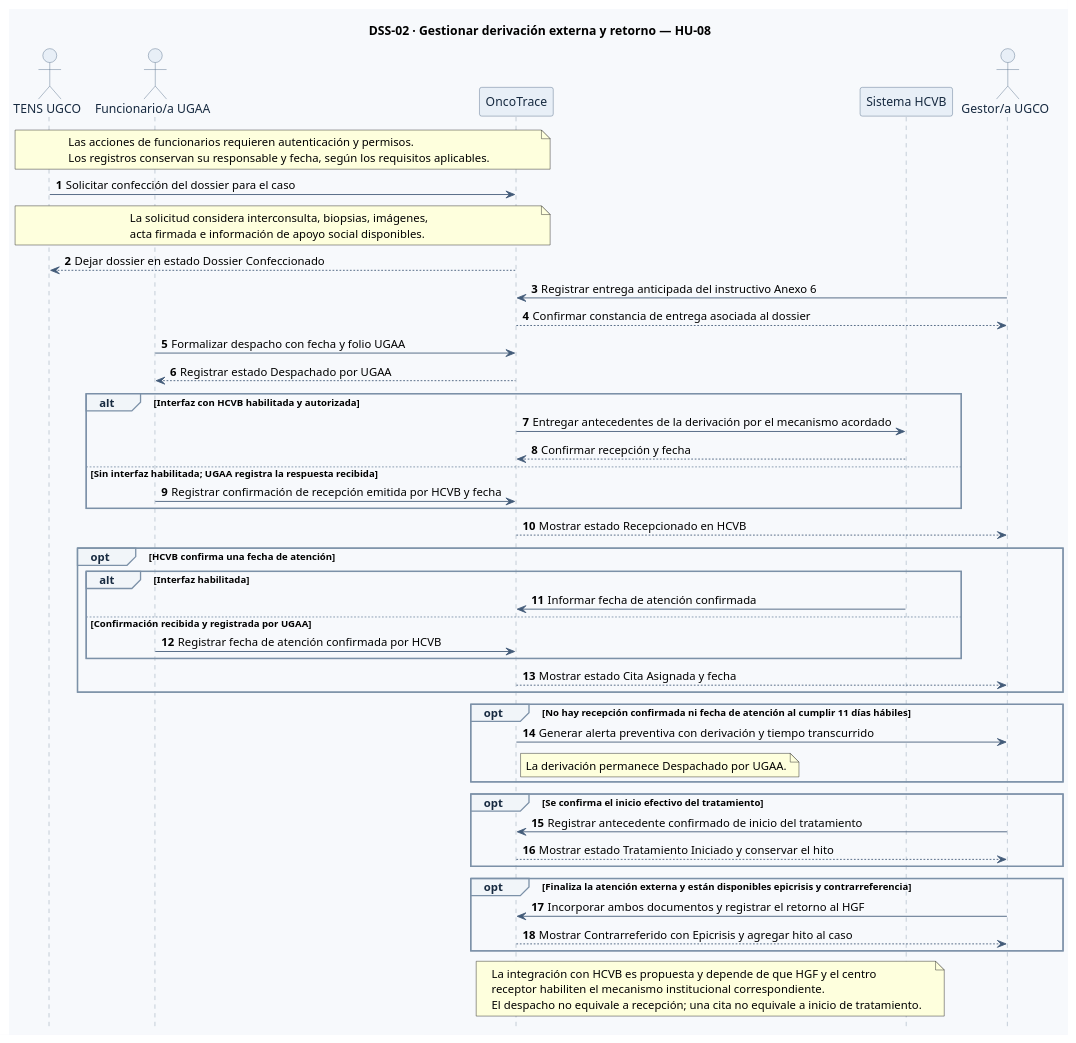
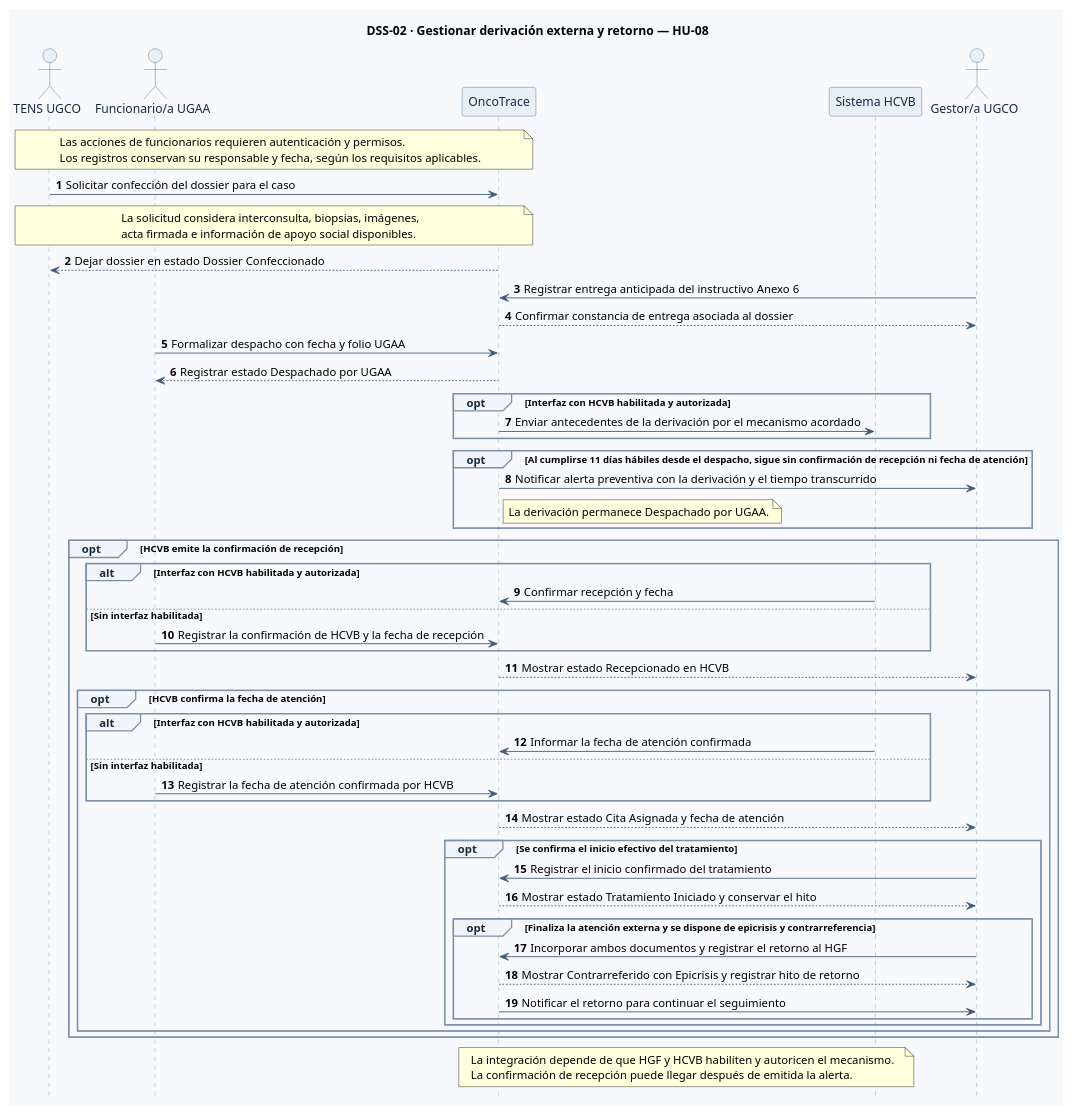
One commit to br1fz/OncoTrace changed the second of 2 diagrams in diagramas/diagramas-secuencia.puml. Above: the diagram before and after it, drawn with PlantUML. The commit also changed 1 other file, not shown here.

Commit message:
(ENTREGA II ) Corregir el diagrama de derivación externa
Se actualizó el PlantUML y su imagen para mostrar la alerta de once días mientras la recepción sigue pendiente.

```diff
--- a/diagramas/diagramas-secuencia.puml
+++ b/diagramas/diagramas-secuencia.puml
@@ -65,84 +65,89 @@
 @startuml DSS-02-HU-08
 hide footbox
 autonumber
 skinparam shadowing false
 skinparam backgroundColor #F7F9FC
 skinparam defaultFontName SansSerif
 skinparam sequence {
   ArrowColor #425B78
   LifeLineBorderColor #8295AA
   LifeLineBackgroundColor #F0F4F8
   ParticipantBorderColor #526B87
   ParticipantBackgroundColor #E8EFF7
   ParticipantFontColor #172A40
   ActorBorderColor #526B87
   ActorBackgroundColor #E8EFF7
   ActorFontColor #172A40
   BoxBorderColor #CBD5E1
   BoxBackgroundColor #F8FAFC
   GroupBorderColor #7C91A8
   GroupBackgroundColor #F1F5F9
   GroupHeaderFontColor #172A40
   ResponseMessageBelowArrow true
 }
 title DSS-02 · Gestionar derivación externa y retorno — HU-08
 actor "TENS UGCO" as TENS
 actor "Funcionario/a UGAA" as UGAA
 participant "OncoTrace" as OT
 participant "Sistema HCVB" as HCVB
 actor "Gestor/a UGCO" as Gestor
 
 note over TENS,OT
 Las acciones de funcionarios requieren autenticación y permisos.
 Los registros conservan su responsable y fecha, según los requisitos aplicables.
 end note
 
 TENS -> OT: Solicitar confección del dossier para el caso
 note over TENS,OT
 La solicitud considera interconsulta, biopsias, imágenes,
 acta firmada e información de apoyo social disponibles.
 end note
 OT --> TENS: Dejar dossier en estado Dossier Confeccionado
 Gestor -> OT: Registrar entrega anticipada del instructivo Anexo 6
 OT --> Gestor: Confirmar constancia de entrega asociada al dossier
 UGAA -> OT: Formalizar despacho con fecha y folio UGAA
 OT --> UGAA: Registrar estado Despachado por UGAA
 
-alt Interfaz con HCVB habilitada y autorizada
-  OT -> HCVB: Entregar antecedentes de la derivación por el mecanismo acordado
-  HCVB --> OT: Confirmar recepción y fecha
-else Sin interfaz habilitada; UGAA registra la respuesta recibida
-  UGAA -> OT: Registrar confirmación de recepción emitida por HCVB y fecha
-end
-OT --> Gestor: Mostrar estado Recepcionado en HCVB
-
-opt HCVB confirma una fecha de atención
-  alt Interfaz habilitada
-    HCVB -> OT: Informar fecha de atención confirmada
-  else Confirmación recibida y registrada por UGAA
-    UGAA -> OT: Registrar fecha de atención confirmada por HCVB
-  end
-  OT --> Gestor: Mostrar estado Cita Asignada y fecha
+opt Interfaz con HCVB habilitada y autorizada
+  OT -> HCVB: Enviar antecedentes de la derivación por el mecanismo acordado
 end
 
-opt No hay recepción confirmada ni fecha de atención al cumplir 11 días hábiles
-  OT -> Gestor: Generar alerta preventiva con derivación y tiempo transcurrido
+opt Al cumplirse 11 días hábiles desde el despacho, sigue sin confirmación de recepción ni fecha de atención
+  OT -> Gestor: Notificar alerta preventiva con la derivación y el tiempo transcurrido
   note right of OT: La derivación permanece Despachado por UGAA.
 end
 
-opt Se confirma el inicio efectivo del tratamiento
-  Gestor -> OT: Registrar antecedente confirmado de inicio del tratamiento
-  OT --> Gestor: Mostrar estado Tratamiento Iniciado y conservar el hito
-end
+opt HCVB emite la confirmación de recepción
+  alt Interfaz con HCVB habilitada y autorizada
+    HCVB -> OT: Confirmar recepción y fecha
+  else Sin interfaz habilitada
+    UGAA -> OT: Registrar la confirmación de HCVB y la fecha de recepción
+  end
+  OT --> Gestor: Mostrar estado Recepcionado en HCVB
 
-opt Finaliza la atención externa y están disponibles epicrisis y contrarreferencia
-  Gestor -> OT: Incorporar ambos documentos y registrar el retorno al HGF
-  OT --> Gestor: Mostrar Contrarreferido con Epicrisis y agregar hito al caso
+  opt HCVB confirma la fecha de atención
+    alt Interfaz con HCVB habilitada y autorizada
+      HCVB -> OT: Informar la fecha de atención confirmada
+    else Sin interfaz habilitada
+      UGAA -> OT: Registrar la fecha de atención confirmada por HCVB
+    end
+    OT --> Gestor: Mostrar estado Cita Asignada y fecha de atención
+
+    opt Se confirma el inicio efectivo del tratamiento
+      Gestor -> OT: Registrar el inicio confirmado del tratamiento
+      OT --> Gestor: Mostrar estado Tratamiento Iniciado y conservar el hito
+
+      opt Finaliza la atención externa y se dispone de epicrisis y contrarreferencia
+        Gestor -> OT: Incorporar ambos documentos y registrar el retorno al HGF
+        OT --> Gestor: Mostrar Contrarreferido con Epicrisis y registrar hito de retorno
+        OT -> Gestor: Notificar el retorno para continuar el seguimiento
+      end
+    end
+  end
 end
 
 note over OT,HCVB
-La integración con HCVB es propuesta y depende de que HGF y el centro
-receptor habiliten el mecanismo institucional correspondiente.
-El despacho no equivale a recepción; una cita no equivale a inicio de tratamiento.
+La integración depende de que HGF y HCVB habiliten y autoricen el mecanismo.
+La confirmación de recepción puede llegar después de emitida la alerta.
 end note
 @enduml
```
